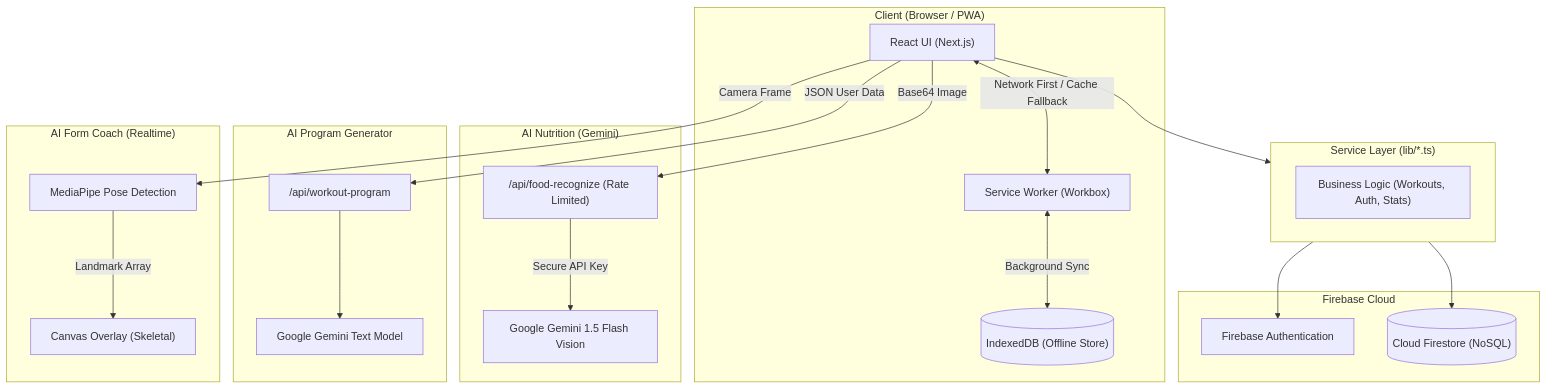
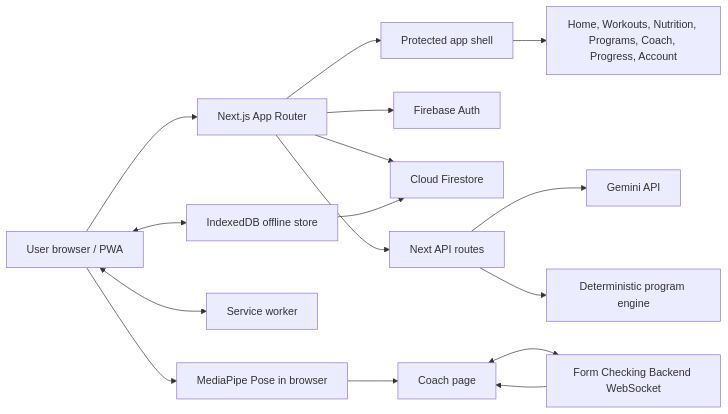
Before and after one commit to ABDULLAHAZHERCH/gymi: the first of 7 diagrams in docs/README.md, drawn with Mermaid. The commit also changed other lines of this file and 3 other files, not shown here.

````diff
--- a/docs/README.md
+++ b/docs/README.md
@@ -102,52 +28,22 @@
 ```mermaid
-graph TD
-    %% Core Infrastructure
-    subgraph Browser["Client (Browser / PWA)"]
-        UI["React UI (Next.js)"]
-        SW["Service Worker (Workbox)"]
-        IDB[("IndexedDB (Offline Store)")]
-    end
+flowchart LR
+    User["User browser / PWA"] --> NextApp["Next.js App Router"]
+    NextApp --> Protected["Protected app shell"]
+    Protected --> Pages["Home, Workouts, Nutrition, Programs, Coach, Progress, Account"]
 
-    subgraph ServiceLayer["Service Layer (lib/*.ts)"]
-        BL["Business Logic (Workouts, Auth, Stats)"]
-    end
+    NextApp --> FirebaseAuth["Firebase Auth"]
+    NextApp --> Firestore["Cloud Firestore"]
+    NextApp --> NextApi["Next API routes"]
 
-    subgraph Firebase["Firebase Cloud"]
-        Auth["Firebase Authentication"]
-        Firestore[("Cloud Firestore (NoSQL)")]
-    end
+    NextApi --> Gemini["Gemini API"]
+    NextApi --> ProgramEngine["Deterministic program engine"]
 
-    %% AI Specific Micro-Integrations
-    subgraph AINutrition["AI Nutrition (Gemini)"]
-        FoodAPI["/api/food-recognize (Rate Limited)"]
-        Gemini["Google Gemini 1.5 Flash Vision"]
-    end
+    User --> MediaPipe["MediaPipe Pose in browser"]
+    MediaPipe --> CoachPage["Coach page"]
+    CoachPage <--> FormBackend["Form Checking Backend WebSocket"]
+    FormBackend --> CoachPage
 
-    subgraph AIWorkout["AI Program Generator"]
-        ProgramAPI["/api/workout-program"]
-        GeminiPro["Google Gemini Text Model"]
-    end
-
-    subgraph AIFormCoach["AI Form Coach (Realtime)"]
-        MediaPipe["MediaPipe Pose Detection"]
-        CanvasOut["Canvas Overlay (Skeletal)"]
-    end
-
-    %% Connections
-    UI <-->|Network First / Cache Fallback| SW
-    SW <-->|Background Sync| IDB
-    UI --> ServiceLayer
-    
-    ServiceLayer --> Auth
-    ServiceLayer --> Firestore
-    
-    %% AI connections
-    UI -->|Base64 Image| FoodAPI
-    FoodAPI -->|Secure API Key| Gemini
-    
-    UI -->|JSON User Data| ProgramAPI
-    ProgramAPI --> GeminiPro
-    
-    UI -->|Camera Frame| MediaPipe
-    MediaPipe -->|Landmark Array| CanvasOut
+    User <--> ServiceWorker["Service worker"]
+    User <--> IndexedDB["IndexedDB offline store"]
+    IndexedDB --> Firestore
 ```
````
